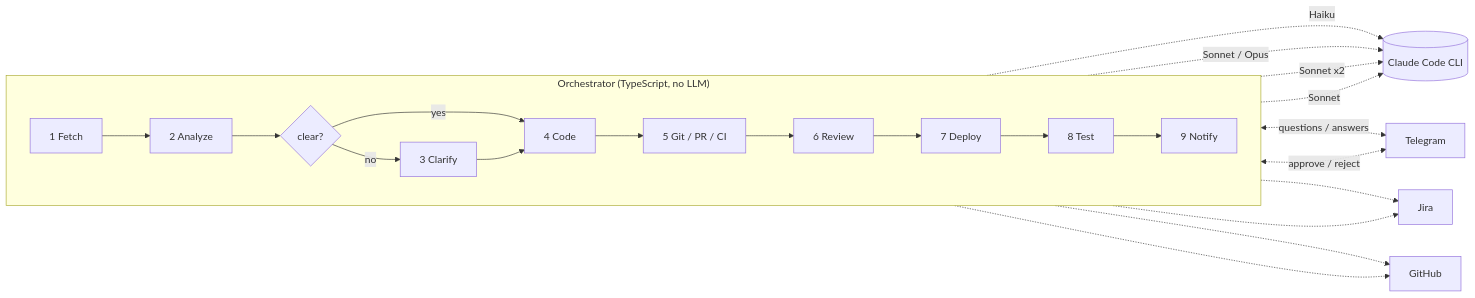
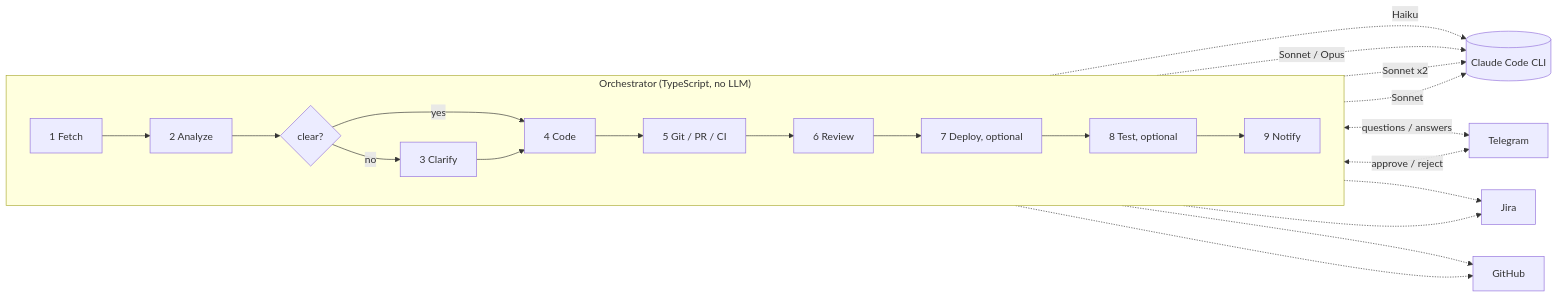
One commit to bigbearman/jiraACP changed the diagram in README.md. Above: the diagram before and after it, drawn with Mermaid. The commit also changed other lines of this file, not shown here.

````diff
--- a/README.md
+++ b/README.md
@@ -33,28 +39,28 @@
 ```mermaid
 flowchart LR
     subgraph Orchestrator["Orchestrator (TypeScript, no LLM)"]
         direction LR
         F[1 Fetch] --> A[2 Analyze]
         A --> C{clear?}
         C -- no --> Q[3 Clarify]
         C -- yes --> K[4 Code]
         Q --> K
         K --> G[5 Git / PR / CI]
         G --> R[6 Review]
-        R --> D[7 Deploy]
-        D --> T[8 Test]
+        R --> D[7 Deploy, optional]
+        D --> T[8 Test, optional]
         T --> N[9 Notify]
     end
 
     A -. Haiku .-> CL[(Claude Code CLI)]
     K -. Sonnet / Opus .-> CL
     R -. Sonnet x2 .-> CL
     T -. Sonnet .-> CL
 
     Q <-. questions / answers .-> TG[Telegram]
     R <-. approve / reject .-> TG
     F -.-> JR[Jira]
     N -.-> JR
     G -.-> GH[GitHub]
     R -.-> GH
 ```
````
